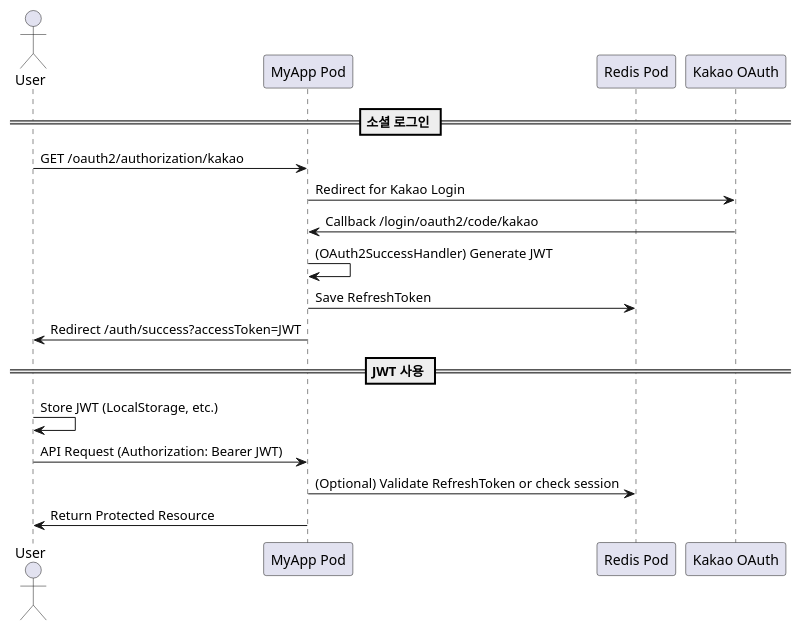
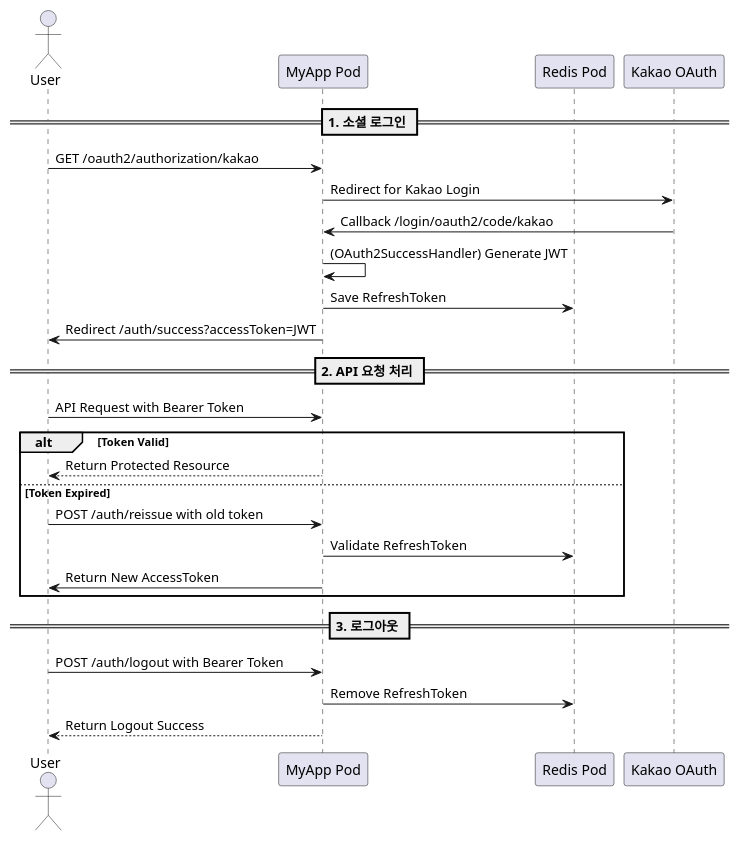
Before and after one commit to iniyo/demosignapp: the diagram in flow.puml, drawn with PlantUML. The commit also changed 17 other files, not shown here.

```diff
--- a/flow.puml
+++ b/flow.puml
@@ -1,22 +1,31 @@
 @startuml
 
 actor User
 participant "MyApp Pod" as MyApp
 participant "Redis Pod" as Redis
 participant "Kakao OAuth" as Kakao
 
-== 소셜 로그인 ==
+== 1. 소셜 로그인 ==
 User -> MyApp: GET /oauth2/authorization/kakao
 MyApp -> Kakao: Redirect for Kakao Login
 Kakao -> MyApp: Callback /login/oauth2/code/kakao
 MyApp -> MyApp: (OAuth2SuccessHandler) Generate JWT
 MyApp -> Redis: Save RefreshToken
 MyApp -> User: Redirect /auth/success?accessToken=JWT
 
-== JWT 사용 ==
-User -> User: Store JWT (LocalStorage, etc.)
-User -> MyApp: API Request (Authorization: Bearer JWT)
-MyApp -> Redis: (Optional) Validate RefreshToken or check session
-MyApp -> User: Return Protected Resource
+== 2. API 요청 처리 ==
+User -> MyApp: API Request with Bearer Token
+alt Token Valid
+    MyApp --> User: Return Protected Resource
+else Token Expired
+    User -> MyApp: POST /auth/reissue with old token
+    MyApp -> Redis: Validate RefreshToken
+    MyApp -> User: Return New AccessToken
+end
+
+== 3. 로그아웃 ==
+User -> MyApp: POST /auth/logout with Bearer Token
+MyApp -> Redis: Remove RefreshToken
+MyApp --> User: Return Logout Success
 
 @enduml
```
